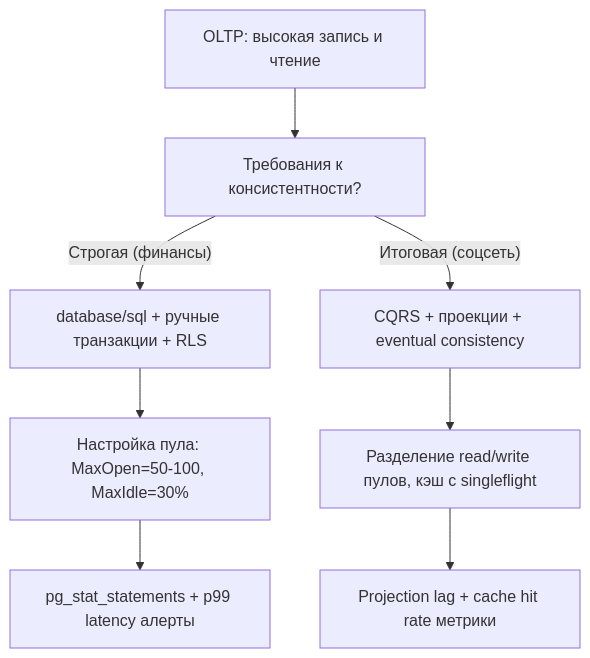
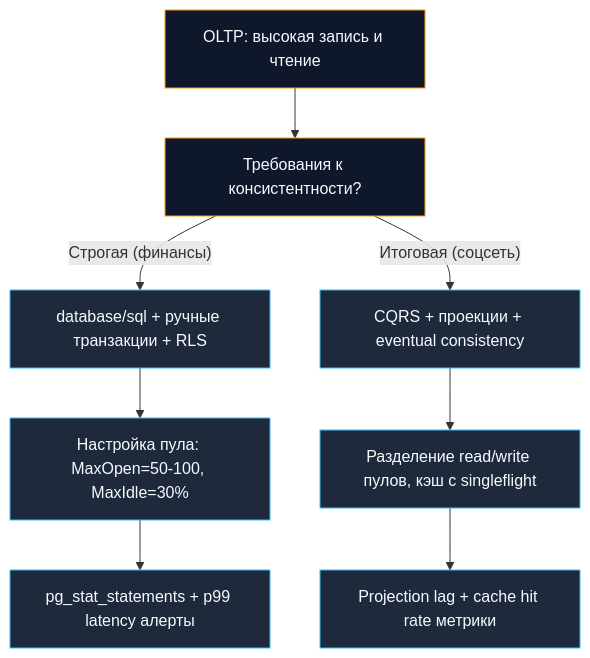
One commit to UnrealTemplier/go-textbook changed the third of 5 diagrams in sources/12. Базы данных/10. Практика и архитектура/23. Итоги раздела. Полная картина работы с базами данных.md. Above: the diagram before and after it, drawn with Mermaid. The commit also changed other lines of this file, not shown here.

````diff
--- a/sources/12. Базы данных/10. Практика и архитектура/23. Итоги раздела. Полная картина работы с базами данных.md
+++ b/sources/12. Базы данных/10. Практика и архитектура/23. Итоги раздела. Полная картина работы с базами данных.md
@@ -147,12 +199,17 @@
 ```mermaid
 flowchart TD
     Start["OLTP: высокая запись и чтение"] --> Q1["Требования к консистентности?"]
     Q1 -- "Строгая (финансы)" --> Use1["database/sql + ручные транзакции + RLS"]
     Q1 -- "Итоговая (соцсеть)" --> Use2["CQRS + проекции + eventual consistency"]
     
     Use1 --> Tuning1["Настройка пула: MaxOpen=50-100, MaxIdle=30%"]
     Use2 --> Tuning2["Разделение read/write пулов, кэш с singleflight"]
     
     Tuning1 --> Monitor1["pg_stat_statements + p99 latency алерты"]
     Tuning2 --> Monitor2["Projection lag + cache hit rate метрики"]
+
+    classDef q fill:#0f172a,stroke:#f59e0b,stroke-width:1px,color:#f8fafc;
+    classDef opt fill:#1e293b,stroke:#38bdf8,stroke-width:1px,color:#f8fafc;
+    class Start,Q1 q;
+    class Use1,Use2,Tuning1,Tuning2,Monitor1,Monitor2 opt;
 ```
````
